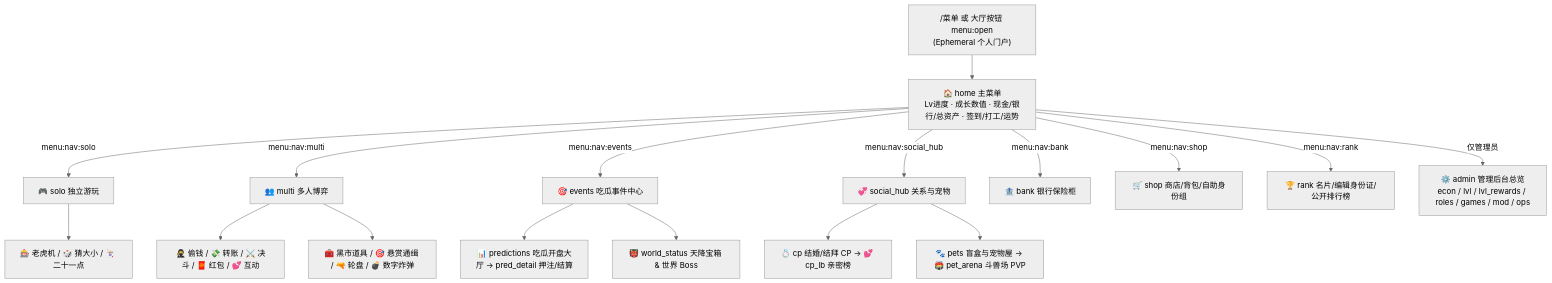
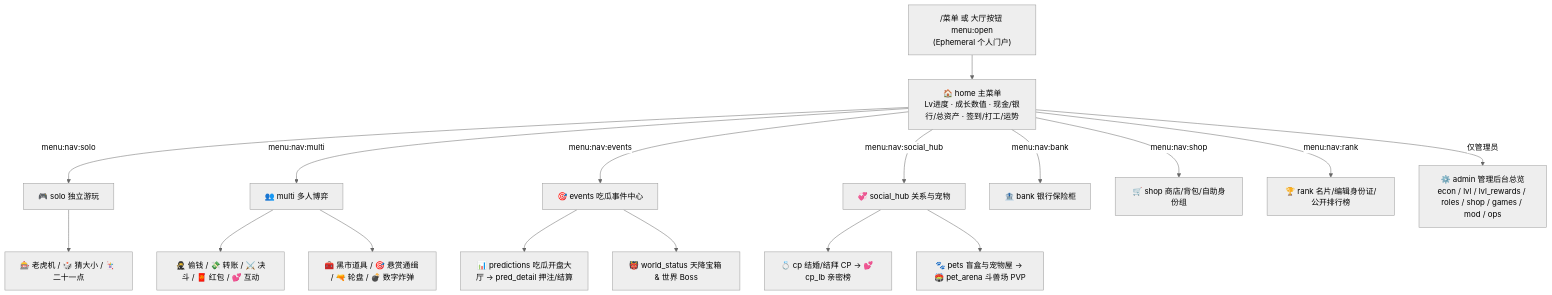
One commit to icebear0828/discord-zh-bot changed the second of 2 diagrams in docs/ARCHITECTURE.md. Above: the diagram before and after it, drawn with Mermaid (neutral theme). The commit also changed other lines of this file and 18 other files, not shown here.

Commit message:
feat(shop): add stat boost, custom title, pet xp, mystery box items and admin shop UI

````diff
--- a/docs/ARCHITECTURE.md
+++ b/docs/ARCHITECTURE.md
@@ -91,21 +91,21 @@
 ```mermaid
 flowchart TD
   ENTRY["/菜单 或 大厅按钮 menu:open<br/>(Ephemeral 个人门户)"] --> HOME["🏠 home 主菜单<br/>Lv进度 · 成长数值 · 现金/银行/总资产 · 签到/打工/运势"]
 
   HOME -->|menu:nav:solo| SOLO["🎮 solo 独立游玩"]
   HOME -->|menu:nav:multi| MULTI["👥 multi 多人博弈"]
   HOME -->|menu:nav:events| EVENTS["🎯 events 吃瓜事件中心"]
   HOME -->|menu:nav:social_hub| SOC["💞 social_hub 关系与宠物"]
   HOME -->|menu:nav:bank| BANK["🏦 bank 银行保险柜"]
   HOME -->|menu:nav:shop| SHOP["🛒 shop 商店/背包/自助身份组"]
   HOME -->|menu:nav:rank| RANK["🏆 rank 名片/编辑身份证/公开排行榜"]
-  HOME -->|仅管理员| ADMIN["⚙️ admin 管理后台总览<br/>econ / lvl / lvl_rewards / roles / games / mod / ops"]
+  HOME -->|仅管理员| ADMIN["⚙️ admin 管理后台总览<br/>econ / lvl / lvl_rewards / roles / shop / games / mod / ops"]
 
   SOLO --> SOLO_G["🎰 老虎机 / 🎲 猜大小 / 🃏 二十一点"]
   MULTI --> MULTI_C["🥷 偷钱 / 💸 转账 / ⚔️ 决斗 / 🧧 红包 / 💕 互动"]
   MULTI --> MULTI_X["🧰 黑市道具 / 🎯 悬赏通缉 / 🔫 轮盘 / 💣 数字炸弹"]
   EVENTS --> EV_P["📊 predictions 吃瓜开盘大厅 → pred_detail 押注/结算"]
   EVENTS --> EV_W["👹 world_status 天降宝箱 & 世界 Boss"]
   SOC --> SOC_C["💍 cp 结婚/结拜 CP → 💕 cp_lb 亲密榜"]
   SOC --> SOC_P["🐾 pets 盲盒与宠物屋 → 🏟️ pet_arena 斗兽场 PVP"]
 ```
````
